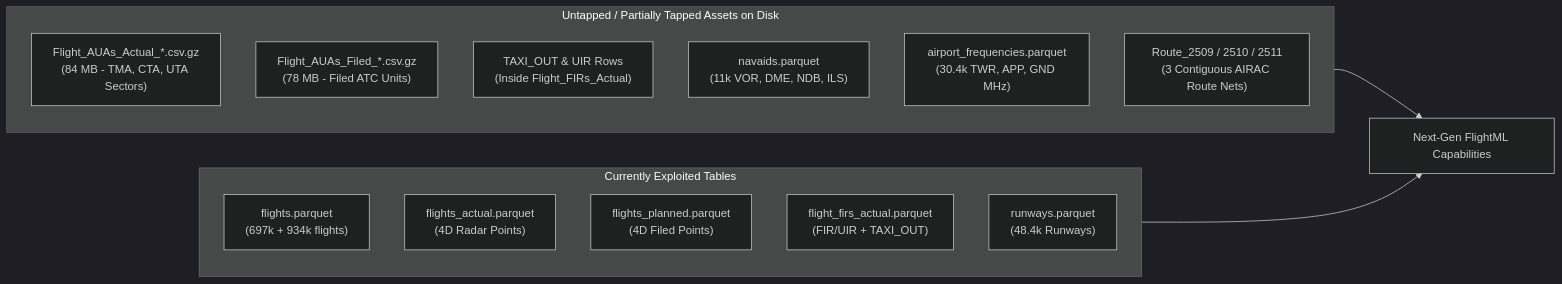
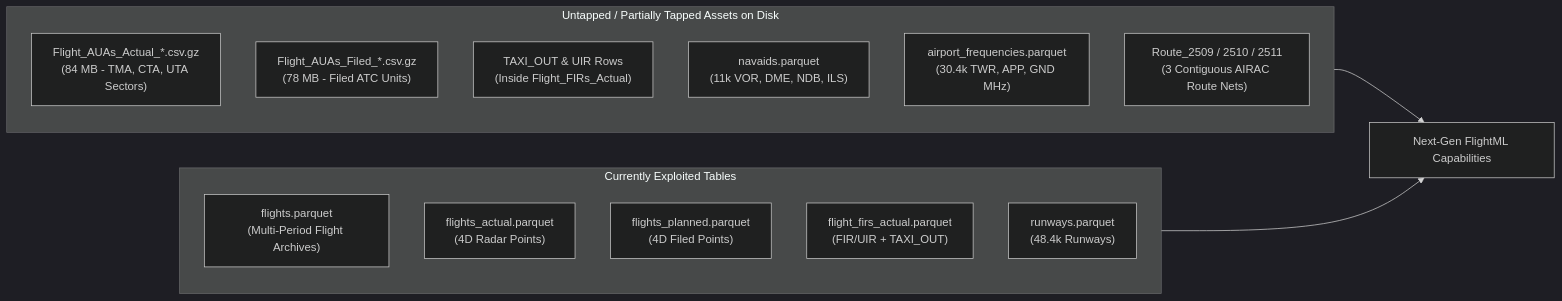
The diagram in docs/future_roadmap.md (SDMCNS/FlightML), drawn with Mermaid (dark theme) before and after one commit. The commit also changed 3 other files, not shown here.

Commit message:
Use placeholder metrics in v2 plan and roadmap docs

````diff
--- a/docs/future_roadmap.md
+++ b/docs/future_roadmap.md
@@ -37,22 +37,22 @@
 ```mermaid
 flowchart LR
     subgraph Active["Currently Exploited Tables"]
-        F["flights.parquet<br/>(697k + 934k flights)"]
+        F["flights.parquet<br/>(Multi-Period Flight Archives)"]
         TA["flights_actual.parquet<br/>(4D Radar Points)"]
         TP["flights_planned.parquet<br/>(4D Filed Points)"]
         FFA["flight_firs_actual.parquet<br/>(FIR/UIR + TAXI_OUT)"]
         RWY["runways.parquet<br/>(48.4k Runways)"]
     end
 
     subgraph Untapped["Untapped / Partially Tapped Assets on Disk"]
         AUA_A["Flight_AUAs_Actual_*.csv.gz<br/>(84 MB - TMA, CTA, UTA Sectors)"]
         AUA_F["Flight_AUAs_Filed_*.csv.gz<br/>(78 MB - Filed ATC Units)"]
         TAXI["TAXI_OUT & UIR Rows<br/>(Inside Flight_FIRs_Actual)"]
         NAV["navaids.parquet<br/>(11k VOR, DME, NDB, ILS)"]
         FREQ["airport_frequencies.parquet<br/>(30.4k TWR, APP, GND MHz)"]
         RTE["Route_2509 / 2510 / 2511<br/>(3 Contiguous AIRAC Route Nets)"]
     end
 
     Untapped --> NextGen["Next-Gen FlightML Capabilities"]
     Active --> NextGen
 ```
````
